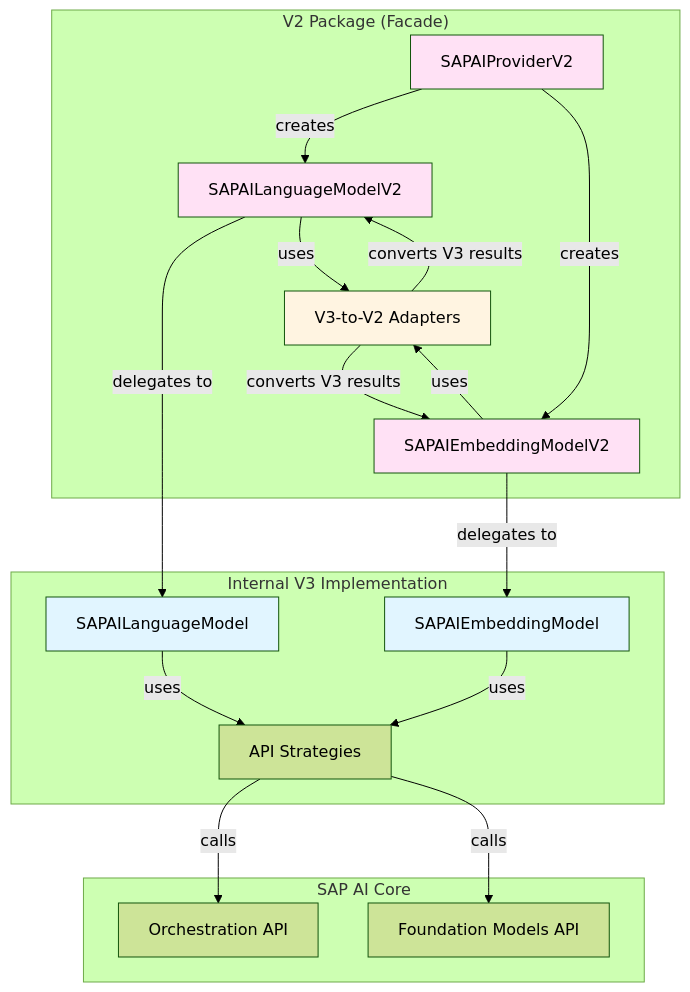
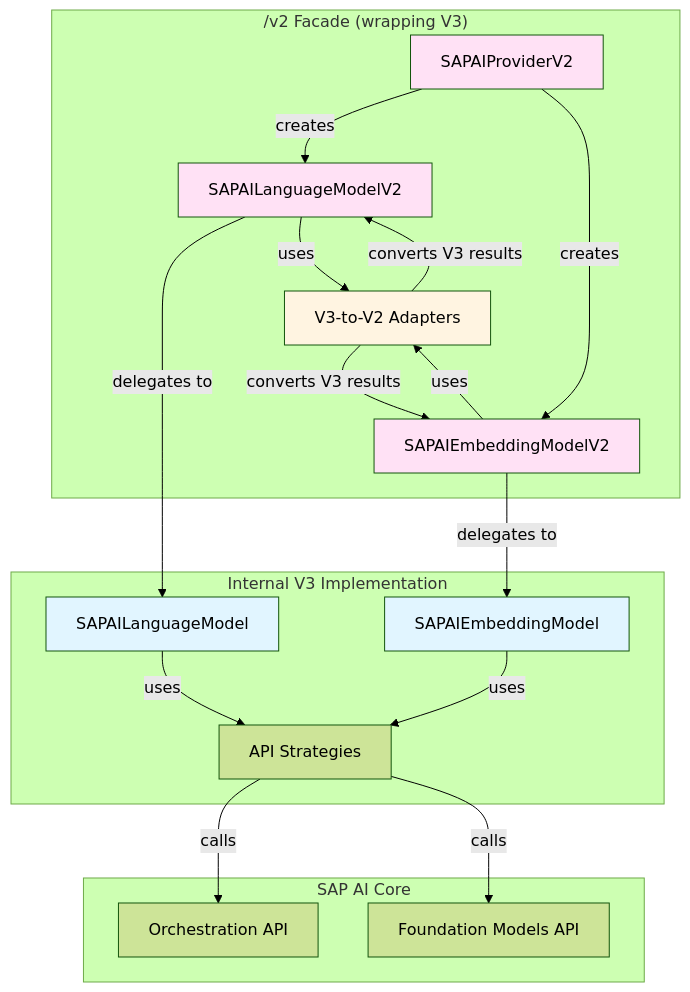
Before and after one commit to jerome-benoit/sap-ai-provider: diagram 11 of 11 in ARCHITECTURE.md, drawn with Mermaid (forest theme). The commit also changed other lines of this file and 11 other files, not shown here.

````diff
--- a/ARCHITECTURE.md
+++ b/ARCHITECTURE.md
@@ -1585,41 +1585,41 @@
 ```mermaid
 graph TB
-    subgraph "V2 Package (Facade)"
+    subgraph "/v2 Facade (wrapping V3)"
         V2Provider[SAPAIProviderV2]
         V2LM[SAPAILanguageModelV2]
         V2EM[SAPAIEmbeddingModelV2]
         Adapters[V3-to-V2 Adapters]
     end
 
     subgraph "Internal V3 Implementation"
         V3LM[SAPAILanguageModel]
         V3EM[SAPAIEmbeddingModel]
         Strategies[API Strategies]
     end
 
     subgraph "SAP AI Core"
         OrchAPI[Orchestration API]
         FMAPI[Foundation Models API]
     end
 
     V2Provider -->|creates| V2LM
     V2Provider -->|creates| V2EM
     V2LM -->|delegates to| V3LM
     V2EM -->|delegates to| V3EM
     V2LM -->|uses| Adapters
     V2EM -->|uses| Adapters
     Adapters -->|converts V3 results| V2LM
     Adapters -->|converts V3 results| V2EM
 
     V3LM -->|uses| Strategies
     V3EM -->|uses| Strategies
     Strategies -->|calls| OrchAPI
     Strategies -->|calls| FMAPI
 
     style V2Provider fill:#ffe1f5
     style V2LM fill:#ffe1f5
     style V2EM fill:#ffe1f5
     style Adapters fill:#fff4e1
     style V3LM fill:#e1f5ff
     style V3EM fill:#e1f5ff
 ```
````
